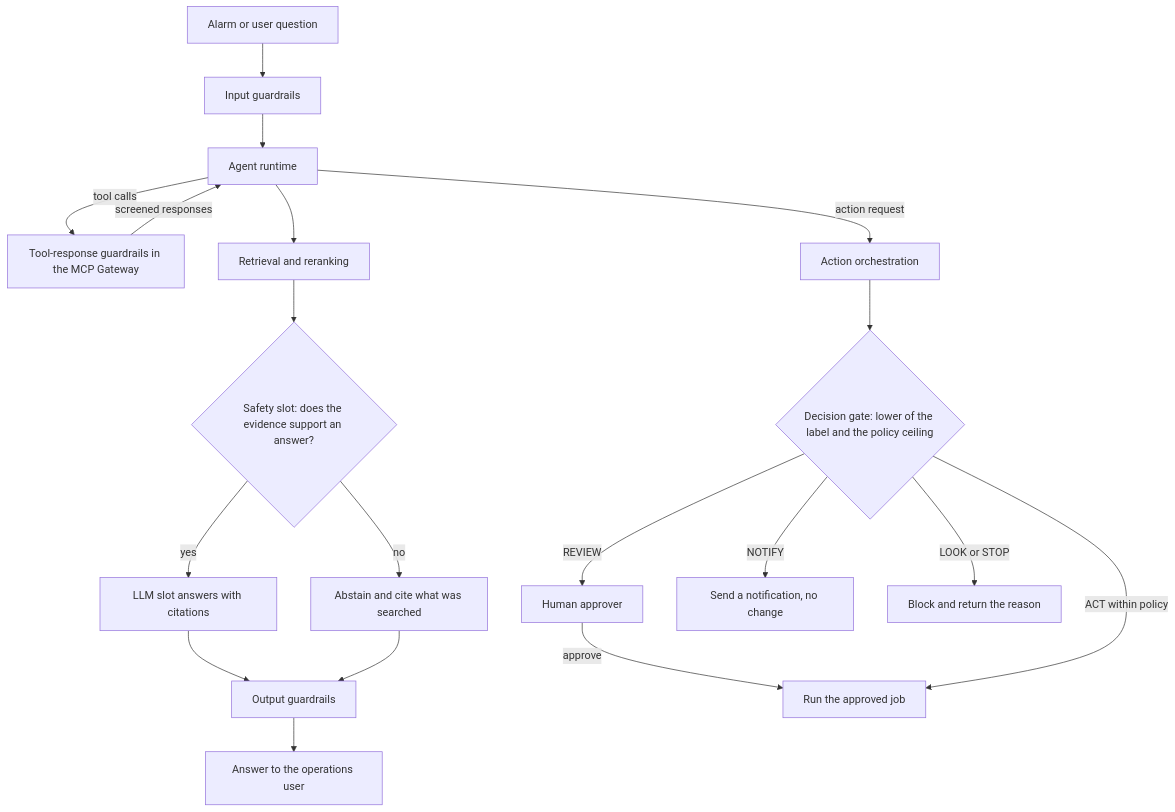
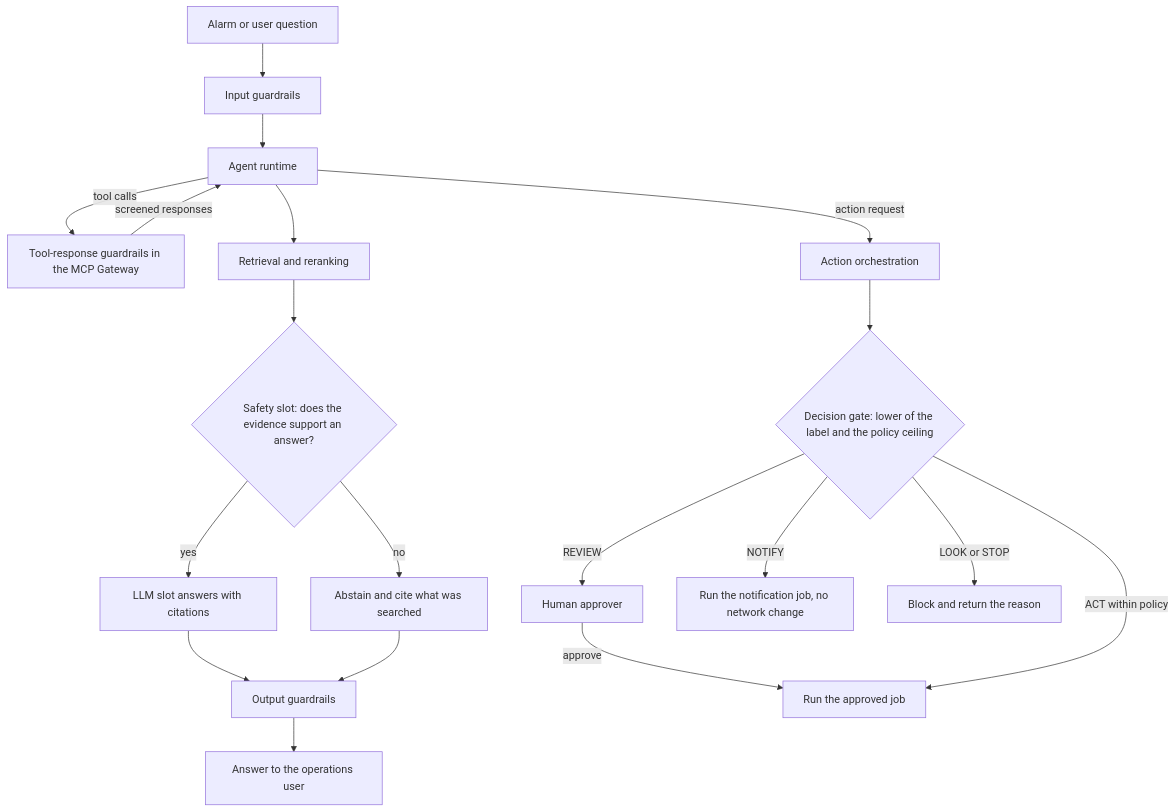
The diagram in platform/safety-autonomy-gating/README.md (ravisharma5/otel-telco-blueprints), drawn with Mermaid before and after one commit. The commit also changed other lines of this file and 4 other files, not shown here.

````diff
--- a/platform/safety-autonomy-gating/README.md
+++ b/platform/safety-autonomy-gating/README.md
@@ -53,21 +53,21 @@
 ```mermaid
 flowchart TD
   IN["Alarm or user question"] --> IG["Input guardrails"]
   IG --> AG["Agent runtime"]
   AG -- "tool calls" --> TG["Tool-response guardrails in the MCP Gateway"]
   TG -- "screened responses" --> AG
   AG --> RR["Retrieval and reranking"]
   RR --> SS{"Safety slot: does the evidence support an answer?"}
   SS -- "no" --> AB["Abstain and cite what was searched"]
   SS -- "yes" --> LL["LLM slot answers with citations"]
   LL --> OG["Output guardrails"]
   AB --> OG
   OG --> ANS["Answer to the operations user"]
   AG -- "action request" --> AO["Action orchestration"]
   AO --> DG{"Decision gate: lower of the label and the policy ceiling"}
   DG -- "REVIEW" --> HU["Human approver"]
   HU -- "approve" --> RUN["Run the approved job"]
   DG -- "ACT within policy" --> RUN
-  DG -- "NOTIFY" --> NO["Send a notification, no change"]
+  DG -- "NOTIFY" --> NO["Run the notification job, no network change"]
   DG -- "LOOK or STOP" --> BL["Block and return the reason"]
 ```
````
